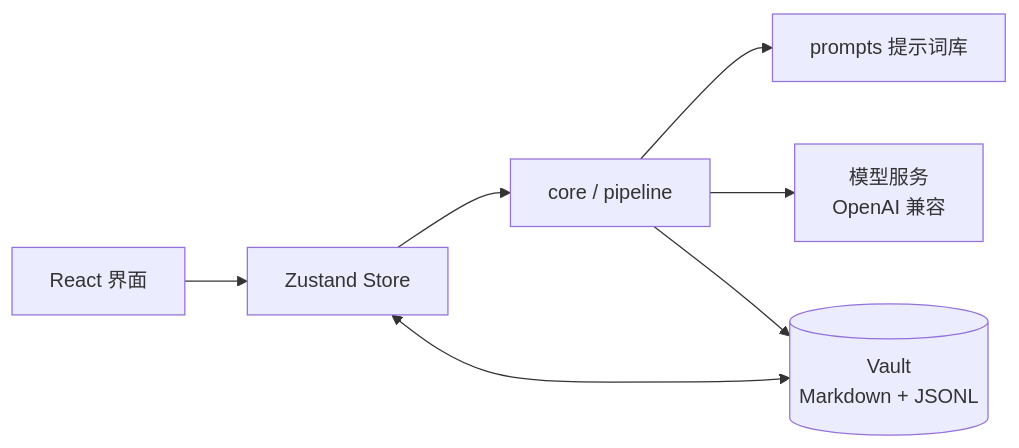
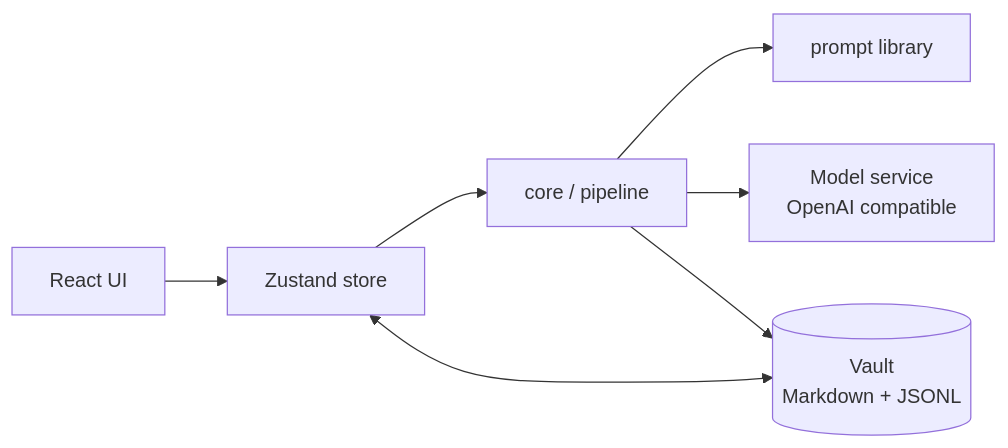
The diagram in README.md (Guchigagu/axonota-studio), drawn with Mermaid before and after one commit. The commit also changed other lines of this file and 2 other files, not shown here.

````diff
--- a/README.md
+++ b/README.md
@@ -146,9 +146,9 @@
 ```mermaid
 flowchart LR
-  UI[React 界面] --> Store[Zustand Store]
+  UI[React UI] --> Store[Zustand store]
   Store --> Pipe[core / pipeline]
-  Pipe --> Prompts[prompts 提示词库]
-  Pipe --> AI[模型服务<br/>OpenAI 兼容]
+  Pipe --> Prompts[prompt library]
+  Pipe --> AI[Model service<br/>OpenAI compatible]
   Pipe --> Vault[(Vault<br/>Markdown + JSONL)]
   Store <--> Vault
 ```
````
